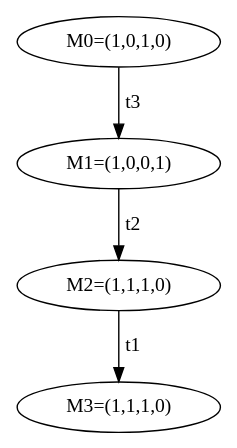
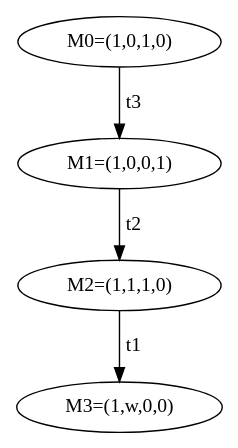
Before and after one commit to eddie-c-davis/cs-advsweng: the diagram in HW1/pn2cov.dot, drawn with Graphviz.

```diff
--- a/HW1/pn2cov.dot
+++ b/HW1/pn2cov.dot
@@ -1,9 +1,9 @@
 digraph ASTGraph {
 0 [ label="M0=(1,0,1,0)" ];
 0 -> 1 [ label=" t3" ];
 1 [ label="M1=(1,0,0,1)" ];
 1 -> 2 [ label=" t2" ];
 2 [ label="M2=(1,1,1,0)" ];
 2 -> 3 [ label=" t1" ];
-3 [ label="M3=(1,1,1,0)" ];
+3 [ label="M3=(1,w,0,0)" ];
 }
```
